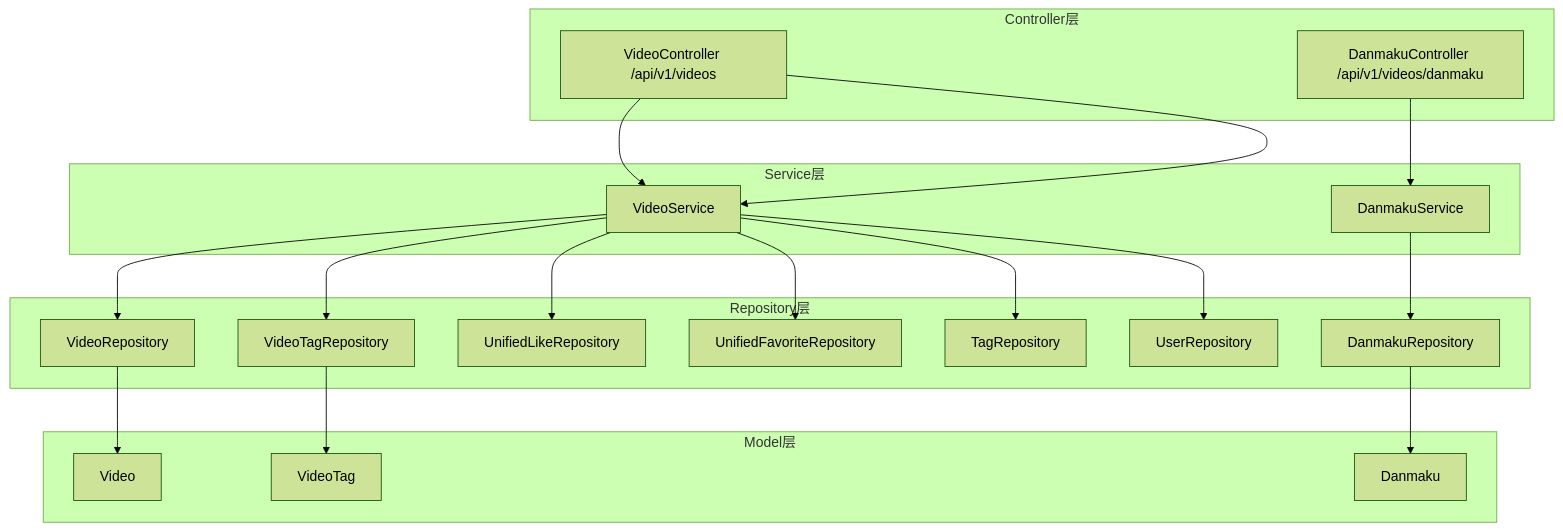
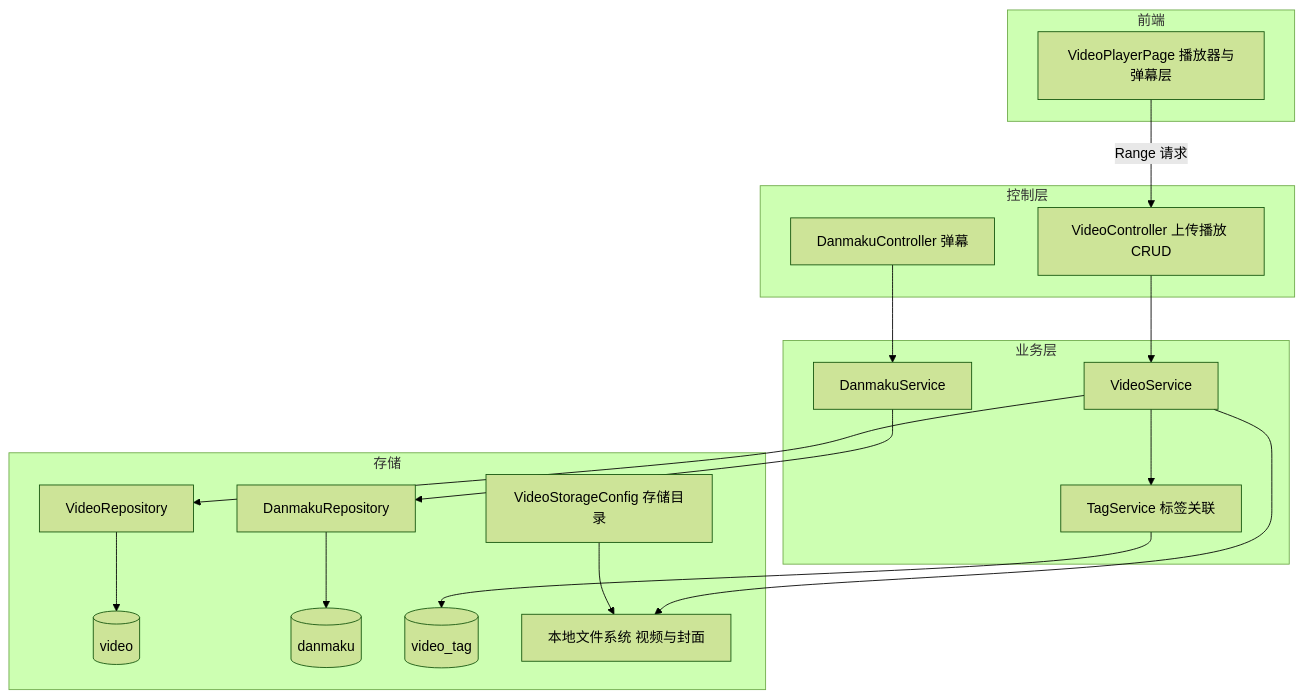
The first of 2 diagrams in repowiki/wiki/modules/微课视频.md (mambo-wang/CodingHub), drawn with Mermaid (forest theme) before and after one commit. The commit also changed other lines of this file and 59 other files, not shown here.

````diff
--- a/repowiki/wiki/modules/微课视频.md
+++ b/repowiki/wiki/modules/微课视频.md
@@ -28,35 +19,35 @@
 ```mermaid
 graph TD
-    subgraph "Controller层"
-        VC[VideoController /api/v1/videos]
-        DC[DanmakuController /api/v1/videos/danmaku]
+    subgraph "前端"
+        VP[VideoPlayerPage 播放器与弹幕层]
     end
-    subgraph "Service层"
+    subgraph "控制层"
+        VC[VideoController 上传播放 CRUD]
+        DC[DanmakuController 弹幕]
+    end
+    subgraph "业务层"
         VS[VideoService]
         DS[DanmakuService]
+        TS[TagService 标签关联]
     end
-    subgraph "Repository层"
-        VR[VideoRepository]
-        VTR[VideoTagRepository]
-        DR[DanmakuRepository]
-        ULR[UnifiedLikeRepository]
-        UFR[UnifiedFavoriteRepository]
-        TR[TagRepository]
-        UR[UserRepository]
+    subgraph "存储"
+        VSC[VideoStorageConfig 存储目录]
+        Repo[VideoRepository]
+        DRepo[DanmakuRepository]
+        VTbl[(video)]
+        DTbl[(danmaku)]
+        VTTbl[(video_tag)]
+        FS[本地文件系统 视频与封面]
     end
-    subgraph "Model层"
-        V[Video]
-        VT[VideoTag]
-        D[Danmaku]
-    end
-    VC --> VS --> VR
-    VC --> VS --> VTR
-    DC --> DS --> DR
-    VS --> ULR
-    VS --> UFR
-    VS --> TR
-    VS --> UR
-    VR --> V
-    VTR --> VT
-    DR --> D
+    VP -->|Range 请求| VC
+    VC --> VS
+    DC --> DS
+    VS --> Repo
+    VS --> TS
+    VS --> FS
+    VSC --> FS
+    DS --> DRepo
+    Repo --> VTbl
+    DRepo --> DTbl
+    TS --> VTTbl
 ```
````
